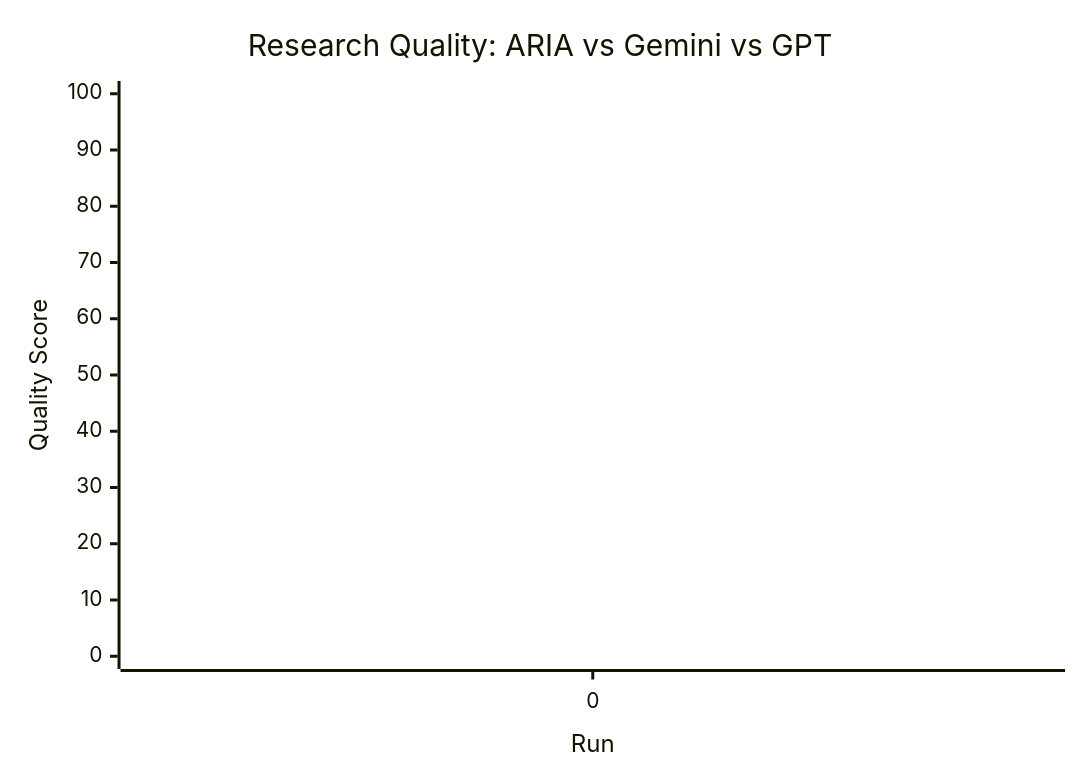
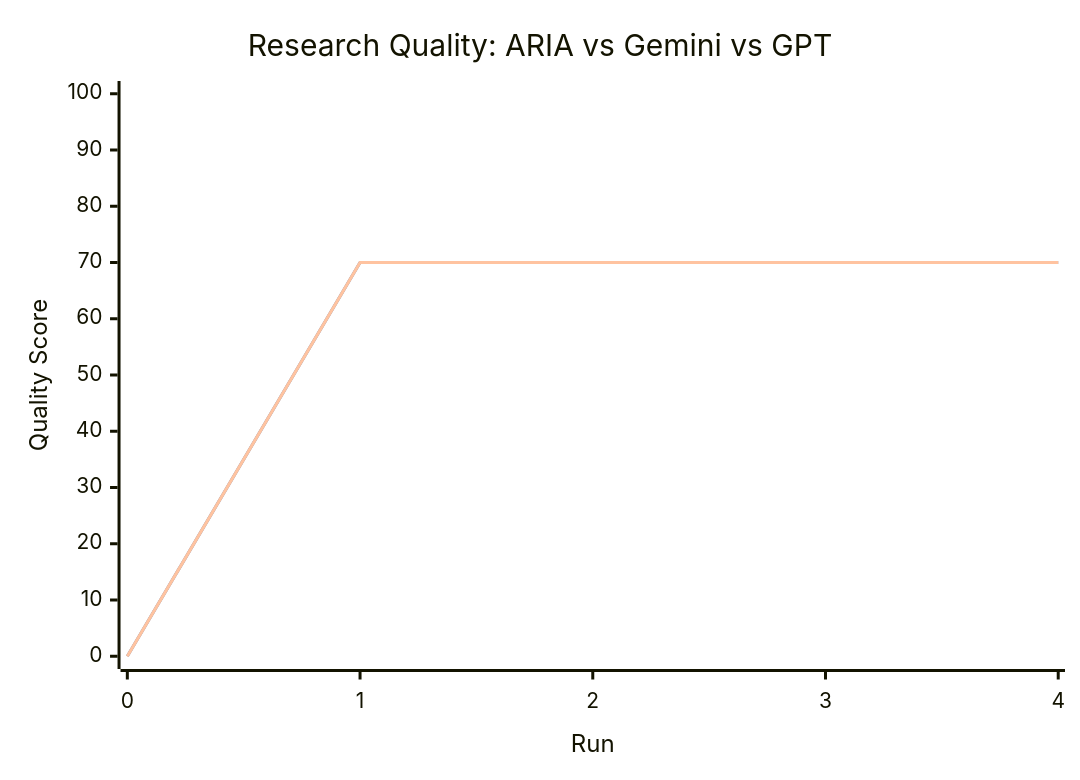
The diagram in src/docs/aria-competitive-results.md (Jit-Paul-2008/Hexamind), drawn with Mermaid before and after one commit. The commit also changed other lines of this file and 3 other files, not shown here.

````diff
--- a/src/docs/aria-competitive-results.md
+++ b/src/docs/aria-competitive-results.md
@@ -47,9 +58,9 @@
 ```mermaid
 xychart-beta
     title "Research Quality: ARIA vs Gemini vs GPT"
-    x-axis "Run" [0]
+    x-axis "Run" [0, 1, 2, 3, 4]
     y-axis "Quality Score" 0 --> 100
-    line "ARIA" [0]
-    line "Gemini" [0]
-    line "GPT" [0]
+    line "ARIA" [0.0, 70.0, 70.0, 70.0, 70.0]
+    line "Gemini" [0.0, 70.0, 70.0, 70.0, 70.0]
+    line "GPT" [0.0, 70.0, 70.0, 70.0, 70.0]
 ```
````
